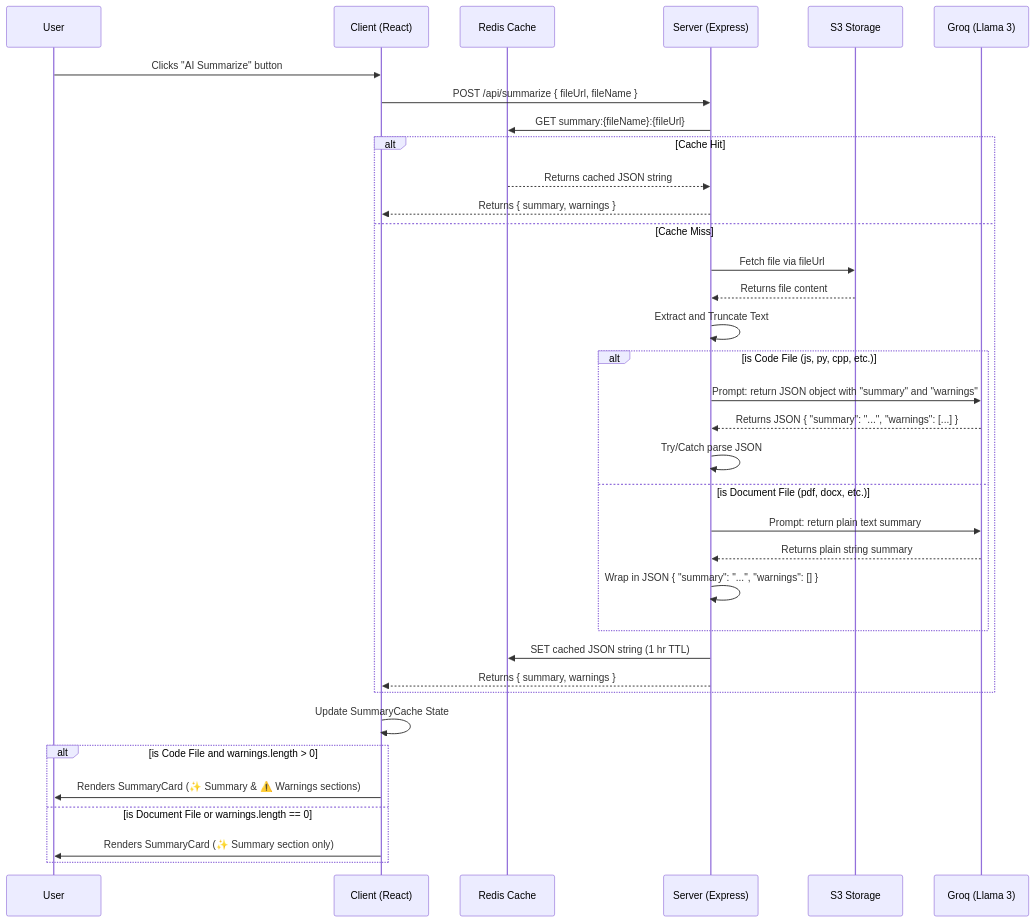
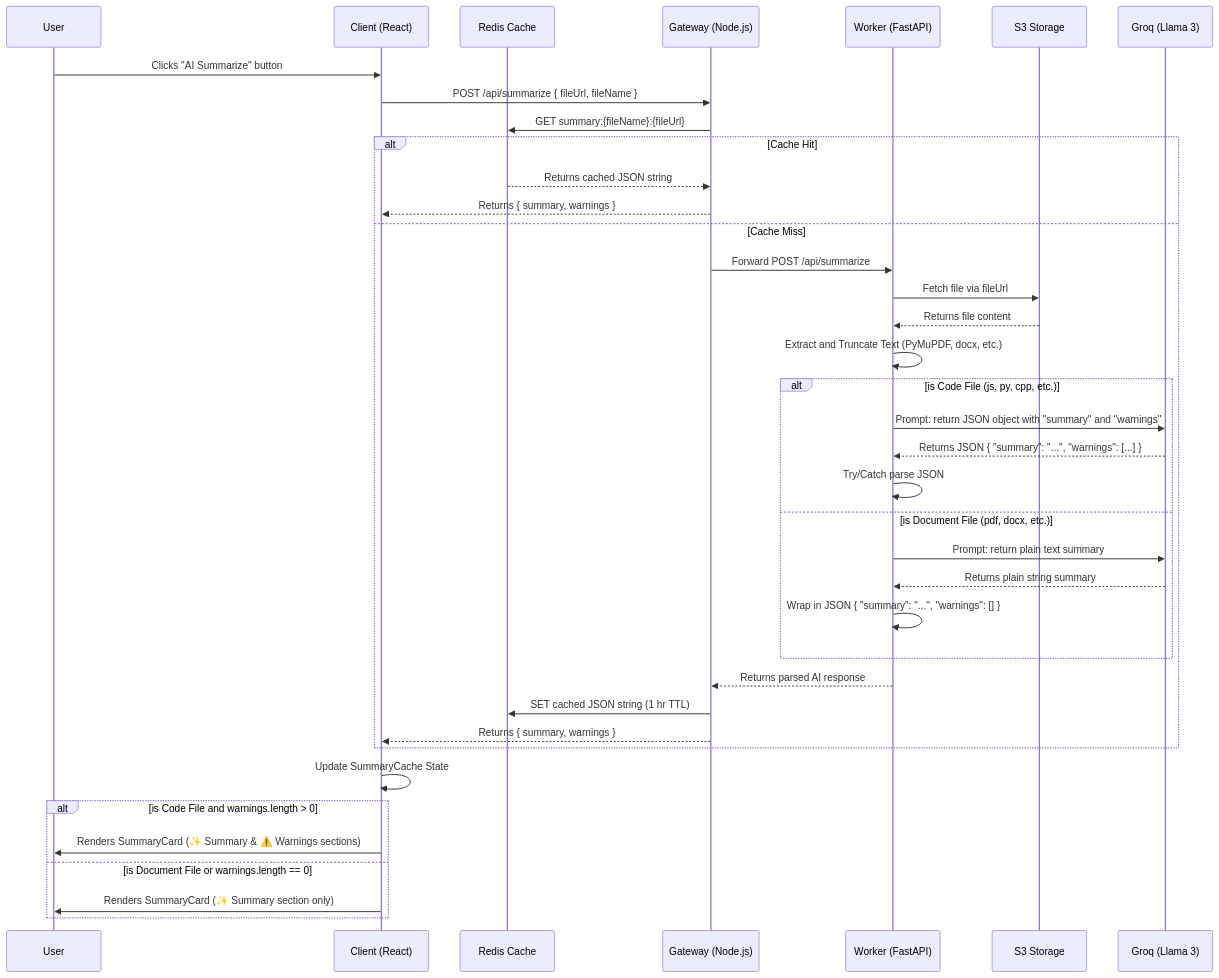
One commit to Gaurravvvv/CodeShare changed the diagram in architecture_flow.md. Above: the diagram before and after it, drawn with Mermaid. The commit also changed 6 other files, not shown here.

````diff
--- a/architecture_flow.md
+++ b/architecture_flow.md
@@ -5,45 +5,49 @@
 ```mermaid
 sequenceDiagram
     participant User
     participant Client (React)
     participant Redis Cache
-    participant Server (Express)
+    participant Gateway (Node.js)
+    participant Worker (FastAPI)
     participant S3 Storage
     participant Groq (Llama 3)
     
     User->>Client (React): Clicks "AI Summarize" button
-    Client (React)->>Server (Express): POST /api/summarize { fileUrl, fileName }
+    Client (React)->>Gateway (Node.js): POST /api/summarize { fileUrl, fileName }
     
-    Server (Express)->>Redis Cache: GET summary:{fileName}:{fileUrl}
+    Gateway (Node.js)->>Redis Cache: GET summary:{fileName}:{fileUrl}
     
     alt Cache Hit
-        Redis Cache-->>Server (Express): Returns cached JSON string
-        Server (Express)-->>Client (React): Returns { summary, warnings }
+        Redis Cache-->>Gateway (Node.js): Returns cached JSON string
+        Gateway (Node.js)-->>Client (React): Returns { summary, warnings }
     else Cache Miss
-        Server (Express)->>S3 Storage: Fetch file via fileUrl
-        S3 Storage-->>Server (Express): Returns file content
+        Gateway (Node.js)->>Worker (FastAPI): Forward POST /api/summarize
         
-        Server (Express)->>Server (Express): Extract and Truncate Text
+        Worker (FastAPI)->>S3 Storage: Fetch file via fileUrl
+        S3 Storage-->>Worker (FastAPI): Returns file content
+        
+        Worker (FastAPI)->>Worker (FastAPI): Extract and Truncate Text (PyMuPDF, docx, etc.)
         
         alt is Code File (js, py, cpp, etc.)
-            Server (Express)->>Groq (Llama 3): Prompt: return JSON object with "summary" and "warnings"
-            Groq (Llama 3)-->>Server (Express): Returns JSON { "summary": "...", "warnings": [...] }
-            Server (Express)->>Server (Express): Try/Catch parse JSON
+            Worker (FastAPI)->>Groq (Llama 3): Prompt: return JSON object with "summary" and "warnings"
+            Groq (Llama 3)-->>Worker (FastAPI): Returns JSON { "summary": "...", "warnings": [...] }
+            Worker (FastAPI)->>Worker (FastAPI): Try/Catch parse JSON
         else is Document File (pdf, docx, etc.)
-            Server (Express)->>Groq (Llama 3): Prompt: return plain text summary
-            Groq (Llama 3)-->>Server (Express): Returns plain string summary
-            Server (Express)->>Server (Express): Wrap in JSON { "summary": "...", "warnings": [] }
+            Worker (FastAPI)->>Groq (Llama 3): Prompt: return plain text summary
+            Groq (Llama 3)-->>Worker (FastAPI): Returns plain string summary
+            Worker (FastAPI)->>Worker (FastAPI): Wrap in JSON { "summary": "...", "warnings": [] }
         end
         
-        Server (Express)->>Redis Cache: SET cached JSON string (1 hr TTL)
-        Server (Express)-->>Client (React): Returns { summary, warnings }
+        Worker (FastAPI)-->>Gateway (Node.js): Returns parsed AI response
+        Gateway (Node.js)->>Redis Cache: SET cached JSON string (1 hr TTL)
+        Gateway (Node.js)-->>Client (React): Returns { summary, warnings }
     end
     
     Client (React)->>Client (React): Update SummaryCache State
     
     alt is Code File and warnings.length > 0
         Client (React)->>User: Renders SummaryCard (✨ Summary & ⚠️ Warnings sections)
     else is Document File or warnings.length == 0
         Client (React)->>User: Renders SummaryCard (✨ Summary section only)
     end
 ```
````
